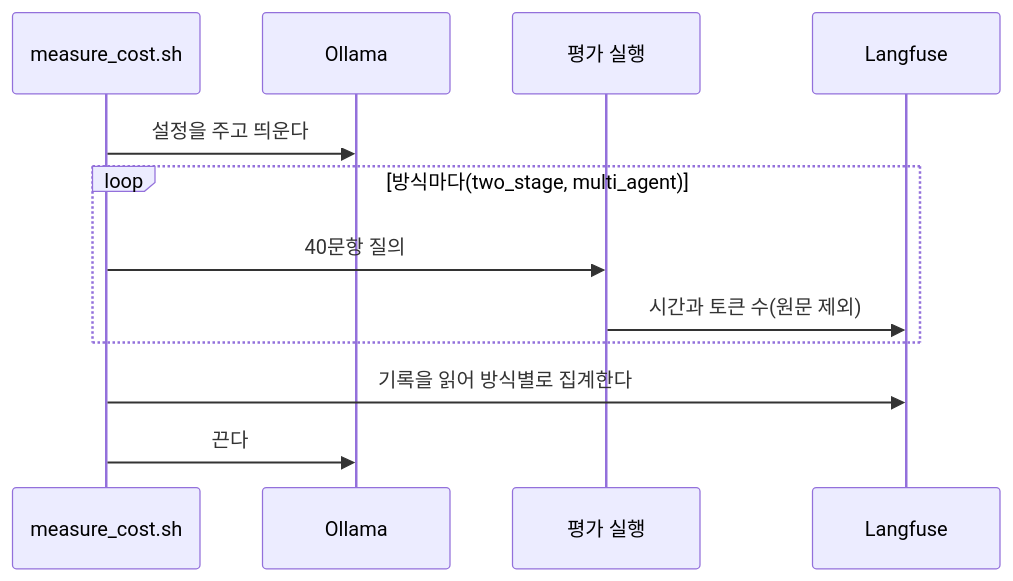
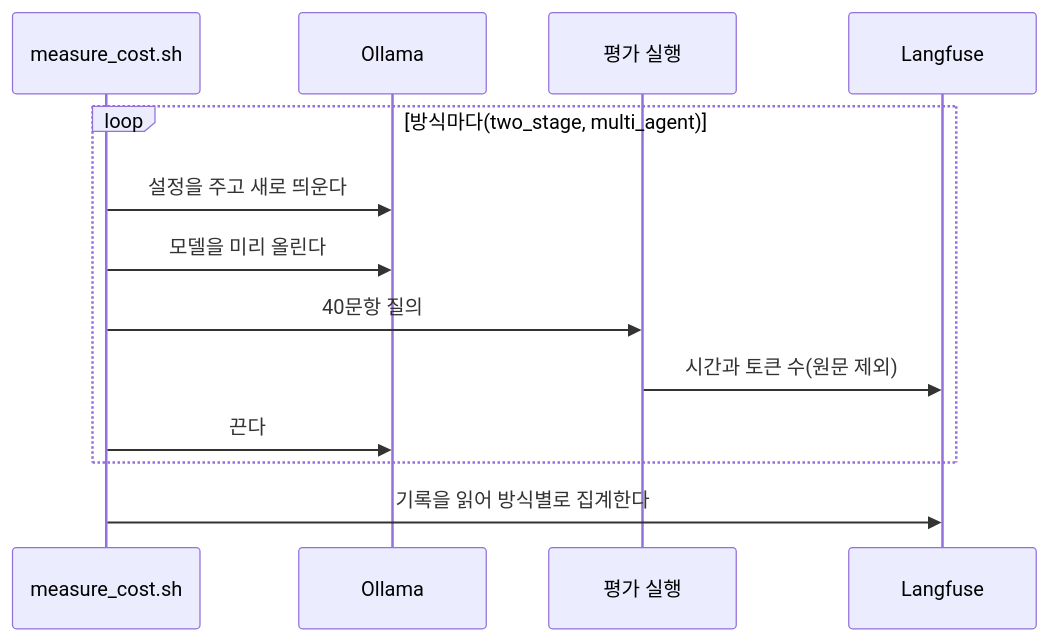
One commit to adover134/hierarchical-md-rag changed the diagram in docs/11_비용측정.md. Above: the diagram before and after it, drawn with Mermaid. The commit also changed other lines of this file and 1 other file, not shown here.

````diff
--- a/docs/11_비용측정.md
+++ b/docs/11_비용측정.md
@@ -79,14 +83,15 @@
 ```mermaid
 sequenceDiagram
     participant S as measure_cost.sh
     participant O as Ollama
     participant R as 평가 실행
     participant L as Langfuse
-    S->>O: 설정을 주고 띄운다
     loop 방식마다(two_stage, multi_agent)
+        S->>O: 설정을 주고 새로 띄운다
+        S->>O: 모델을 미리 올린다
         S->>R: 40문항 질의
         R->>L: 시간과 토큰 수(원문 제외)
+        S->>O: 끈다
     end
     S->>L: 기록을 읽어 방식별로 집계한다
-    S->>O: 끈다
 ```
````
